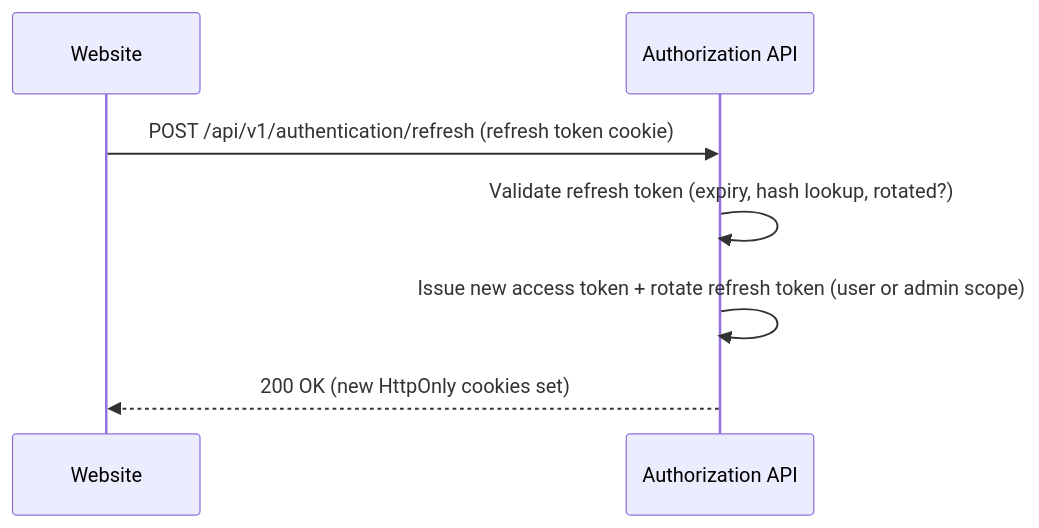
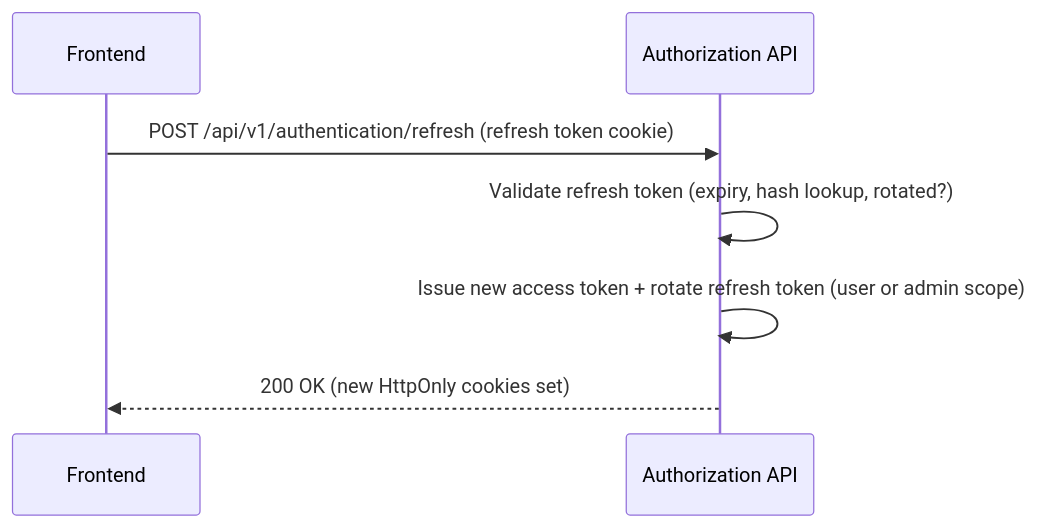
One commit to wouterfennis/TimeForCode changed the second of 5 diagrams in docs/architecture/arc42/06-runtime-view.md. Above: the diagram before and after it, drawn with Mermaid. The commit also changed other lines of this file and 142 other files, not shown here.

````diff
--- a/docs/architecture/arc42/06-runtime-view.md
+++ b/docs/architecture/arc42/06-runtime-view.md
@@ -47,10 +47,10 @@
 ```mermaid
 sequenceDiagram
-    participant Website
+    participant Frontend
     participant AuthAPI as Authorization API
 
-    Website->>AuthAPI: POST /api/v1/authentication/refresh (refresh token cookie)
+    Frontend->>AuthAPI: POST /api/v1/authentication/refresh (refresh token cookie)
     AuthAPI->>AuthAPI: Validate refresh token (expiry, hash lookup, rotated?)
     AuthAPI->>AuthAPI: Issue new access token + rotate refresh token (user or admin scope)
-    AuthAPI-->>Website: 200 OK (new HttpOnly cookies set)
+    AuthAPI-->>Frontend: 200 OK (new HttpOnly cookies set)
 ```
````
